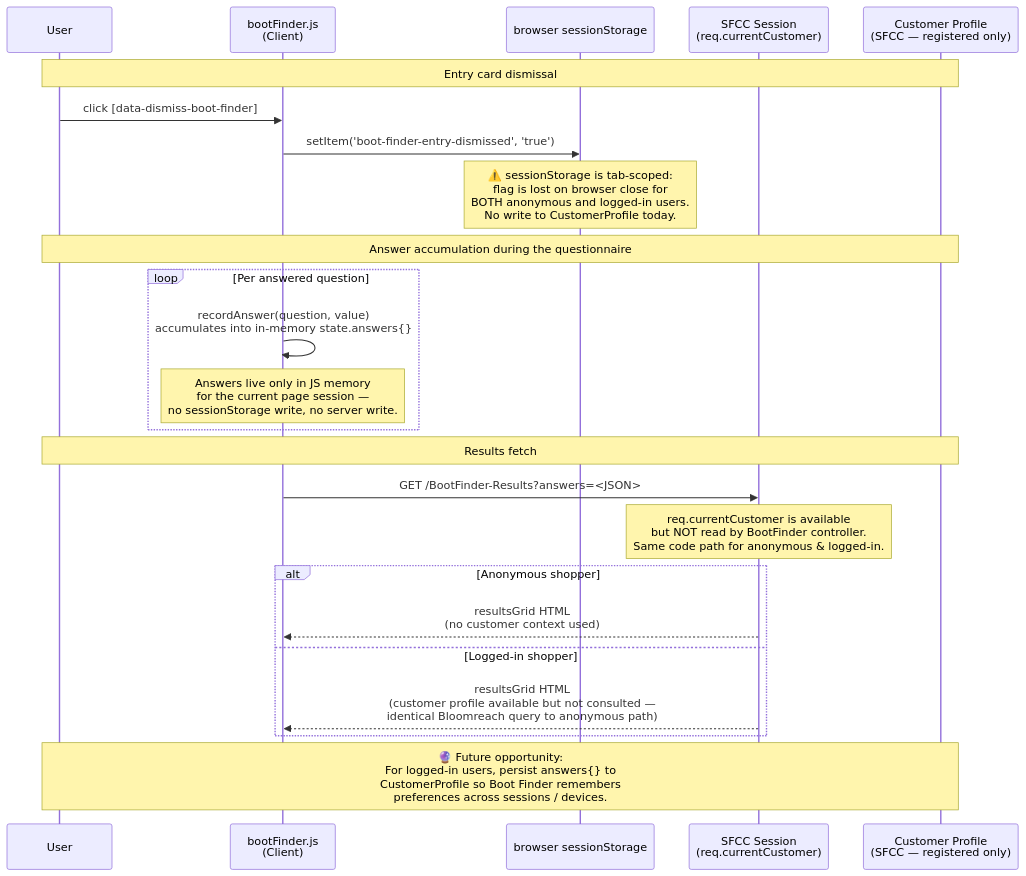
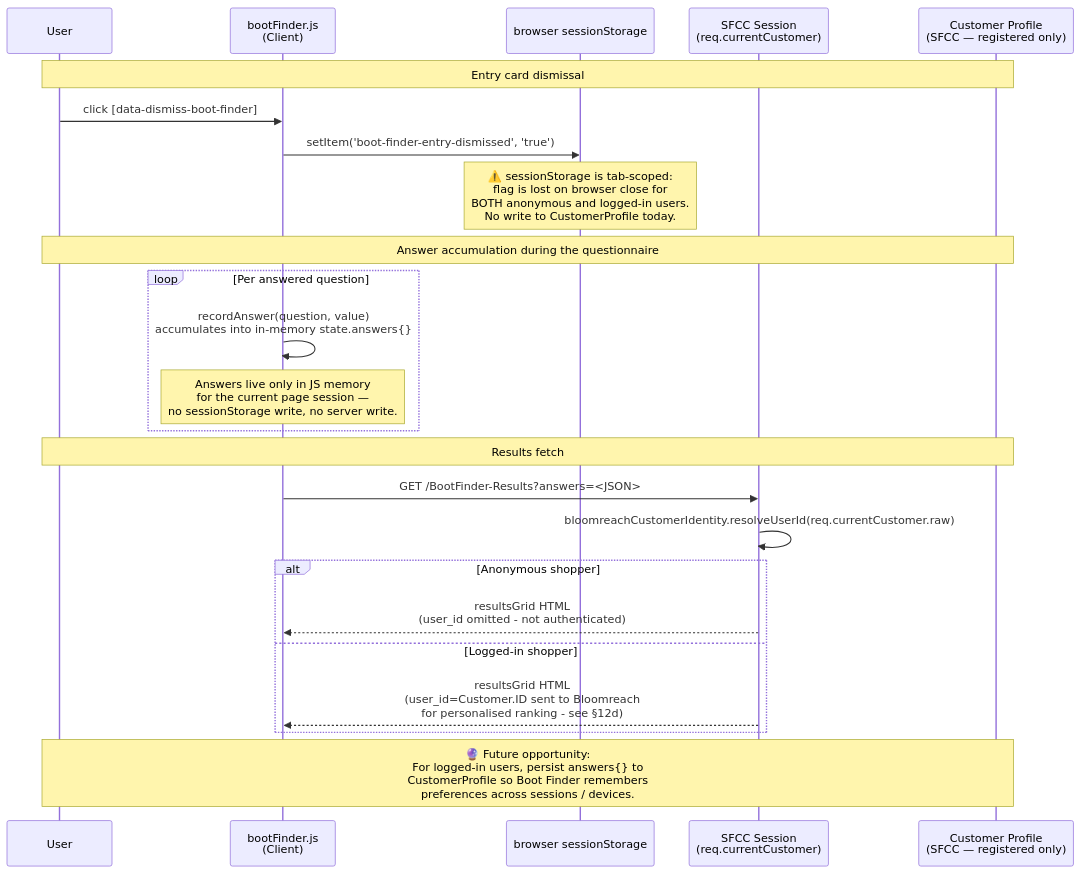
Before and after one commit to Pushparajan/bloomreach-sfra: diagram 15 of 17 in docs/sequence-diagrams.md, drawn with Mermaid. The commit also changed other lines of this file and 9 other files, not shown here.

First line of the commit message:
Send the logged-in shopper id to Bloomreach for Boot Finder and Compare only

````diff
--- a/docs/sequence-diagrams.md
+++ b/docs/sequence-diagrams.md
@@ -839,34 +842,34 @@
 ```mermaid
 sequenceDiagram
     participant User
     participant bootFinderJS as bootFinder.js<br/>(Client)
     participant sessionStorage as browser sessionStorage
     participant SFCCSession as SFCC Session<br/>(req.currentCustomer)
     participant CustomerProfile as Customer Profile<br/>(SFCC — registered only)
 
     Note over User,CustomerProfile: Entry card dismissal
 
     User->>bootFinderJS: click [data-dismiss-boot-finder]
     bootFinderJS->>sessionStorage: setItem('boot-finder-entry-dismissed', 'true')
     Note over sessionStorage: ⚠️ sessionStorage is tab-scoped:<br/>flag is lost on browser close for<br/>BOTH anonymous and logged-in users.<br/>No write to CustomerProfile today.
 
     Note over User,CustomerProfile: Answer accumulation during the questionnaire
 
     loop Per answered question
         bootFinderJS->>bootFinderJS: recordAnswer(question, value)<br/>accumulates into in-memory state.answers{}
         Note over bootFinderJS: Answers live only in JS memory<br/>for the current page session —<br/>no sessionStorage write, no server write.
     end
 
     Note over User,CustomerProfile: Results fetch
 
     bootFinderJS->>SFCCSession: GET /BootFinder-Results?answers=<JSON>
-    Note over SFCCSession: req.currentCustomer is available<br/>but NOT read by BootFinder controller.<br/>Same code path for anonymous & logged-in.
+    SFCCSession->>SFCCSession: bloomreachCustomerIdentity.resolveUserId(req.currentCustomer.raw)
 
     alt Anonymous shopper
-        SFCCSession-->>bootFinderJS: resultsGrid HTML<br/>(no customer context used)
+        SFCCSession-->>bootFinderJS: resultsGrid HTML<br/>(user_id omitted - not authenticated)
     else Logged-in shopper
-        SFCCSession-->>bootFinderJS: resultsGrid HTML<br/>(customer profile available but not consulted —<br/>identical Bloomreach query to anonymous path)
+        SFCCSession-->>bootFinderJS: resultsGrid HTML<br/>(user_id=Customer.ID sent to Bloomreach<br/>for personalised ranking - see §12d)
     end
 
     Note over User,CustomerProfile: 🔮 Future opportunity:<br/>For logged-in users, persist answers{} to<br/>CustomerProfile so Boot Finder remembers<br/>preferences across sessions / devices.
 ```
````
